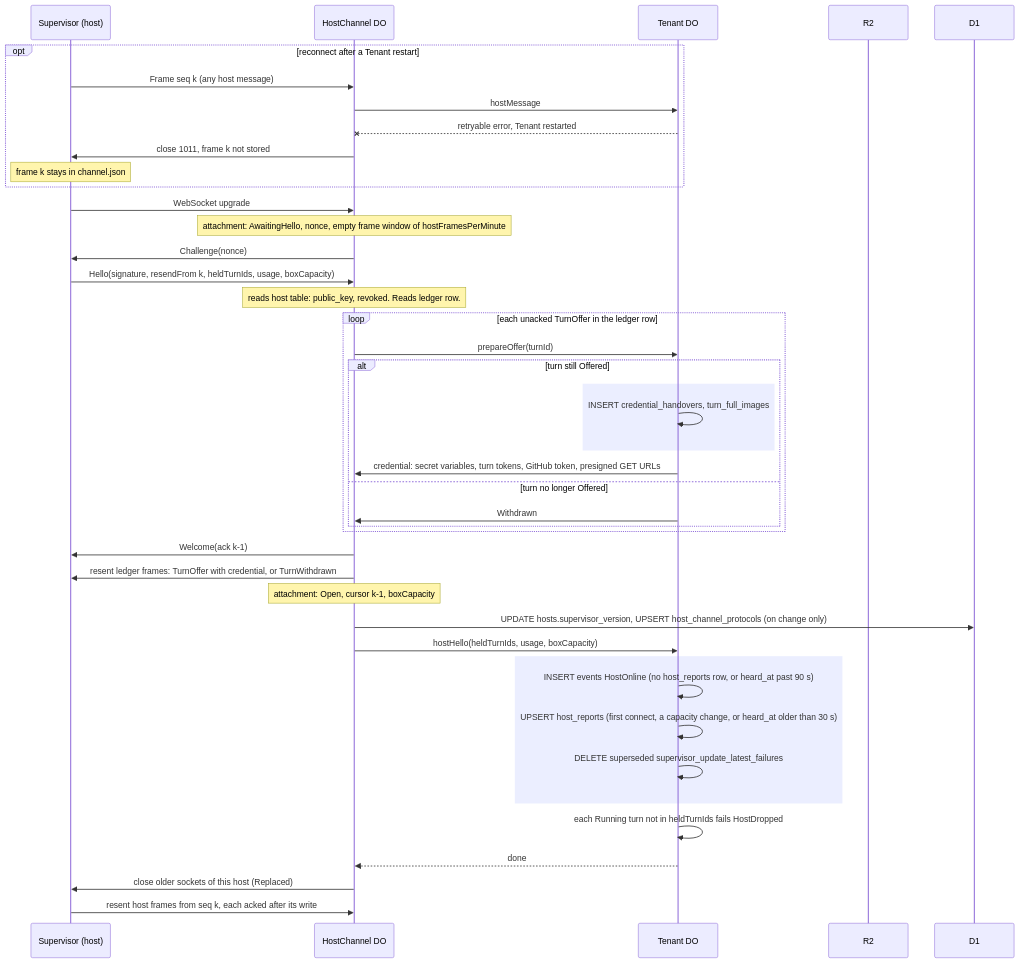
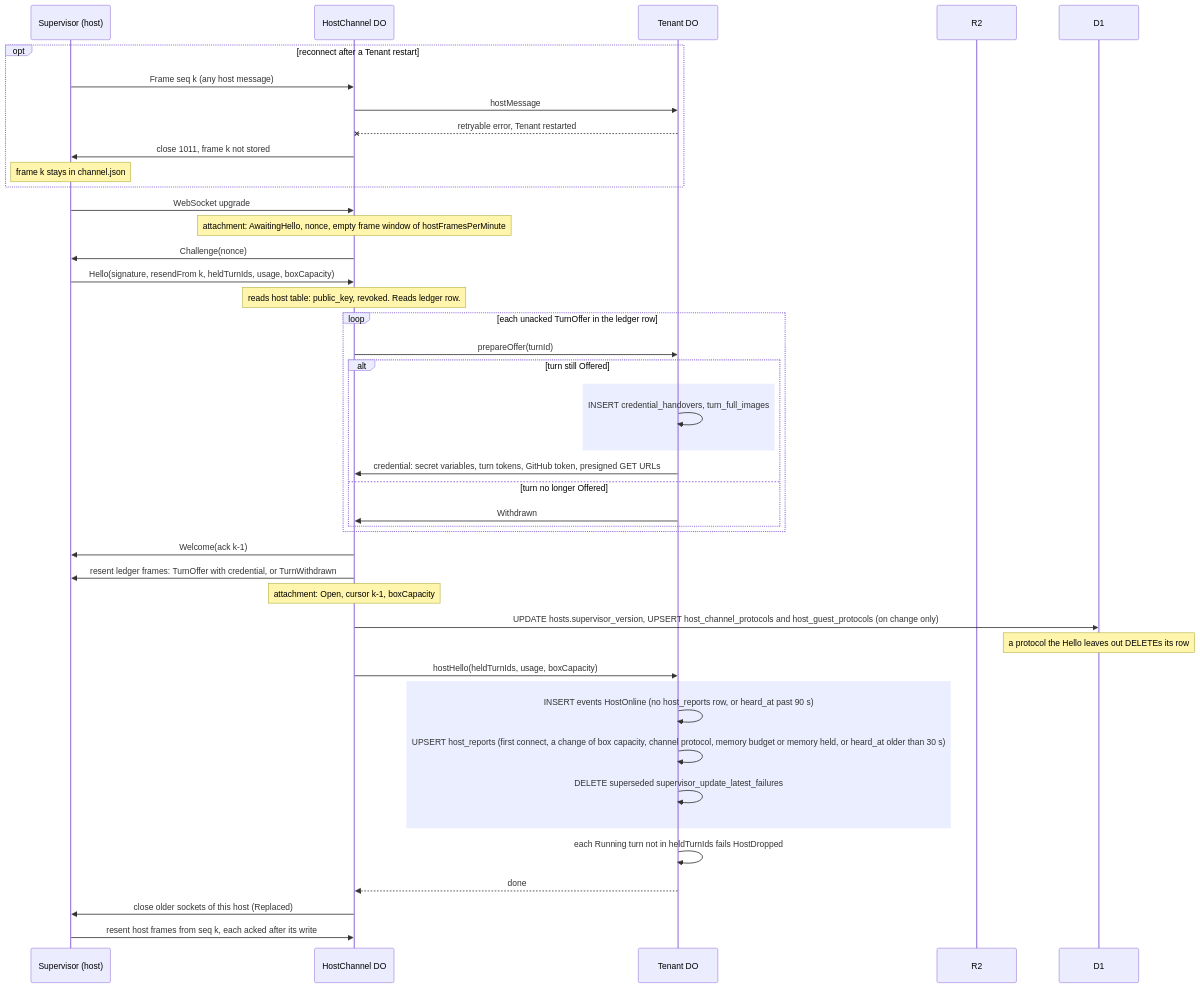
Before and after one commit to tumpel/protocol: the first of 11 diagrams in doc/RFC/RFC-TUM-HostSequences.md, drawn with Mermaid. The commit also changed other lines of this file, not shown here.

Commit message:
docs(rfc): correct the eviction, snapshot and hello sequences

````diff
--- a/doc/RFC/RFC-TUM-HostSequences.md
+++ b/doc/RFC/RFC-TUM-HostSequences.md
@@ -25,45 +25,46 @@
 ```mermaid
 sequenceDiagram
   participant S as Supervisor (host)
   participant H as HostChannel DO
   participant T as Tenant DO
   participant R as R2
   participant D as D1
   opt reconnect after a Tenant restart
     S->>H: Frame seq k (any host message)
     H->>T: hostMessage
     T--xH: retryable error, Tenant restarted
     H->>S: close 1011, frame k not stored
     Note over S: frame k stays in channel.json
   end
   S->>H: WebSocket upgrade
   Note over H: attachment: AwaitingHello, nonce, empty frame window of hostFramesPerMinute
   H->>S: Challenge(nonce)
   S->>H: Hello(signature, resendFrom k, heldTurnIds, usage, boxCapacity)
   Note over H: reads host table: public_key, revoked. Reads ledger row.
   loop each unacked TurnOffer in the ledger row
     H->>T: prepareOffer(turnId)
     alt turn still Offered
       rect rgba(120, 140, 255, 0.15)
         T->>T: INSERT credential_handovers, turn_full_images
       end
       T->>H: credential: secret variables, turn tokens, GitHub token, presigned GET URLs
     else turn no longer Offered
       T->>H: Withdrawn
     end
   end
   H->>S: Welcome(ack k-1)
   H->>S: resent ledger frames: TurnOffer with credential, or TurnWithdrawn
   Note over H: attachment: Open, cursor k-1, boxCapacity
-  H->>D: UPDATE hosts.supervisor_version, UPSERT host_channel_protocols (on change only)
+  H->>D: UPDATE hosts.supervisor_version, UPSERT host_channel_protocols and host_guest_protocols (on change only)
+  Note over D: a protocol the Hello leaves out DELETEs its row
   H->>T: hostHello(heldTurnIds, usage, boxCapacity)
   rect rgba(120, 140, 255, 0.15)
     T->>T: INSERT events HostOnline (no host_reports row, or heard_at past 90 s)
-    T->>T: UPSERT host_reports (first connect, a capacity change, or heard_at older than 30 s)
+    T->>T: UPSERT host_reports (first connect, a change of box capacity, channel protocol, memory budget or memory held, or heard_at older than 30 s)
     T->>T: DELETE superseded supervisor_update_latest_failures
   end
   T->>T: each Running turn not in heldTurnIds fails HostDropped
   T-->>H: done
   H->>S: close older sockets of this host (Replaced)
   S->>H: resent host frames from seq k, each acked after its write
 ```
````
